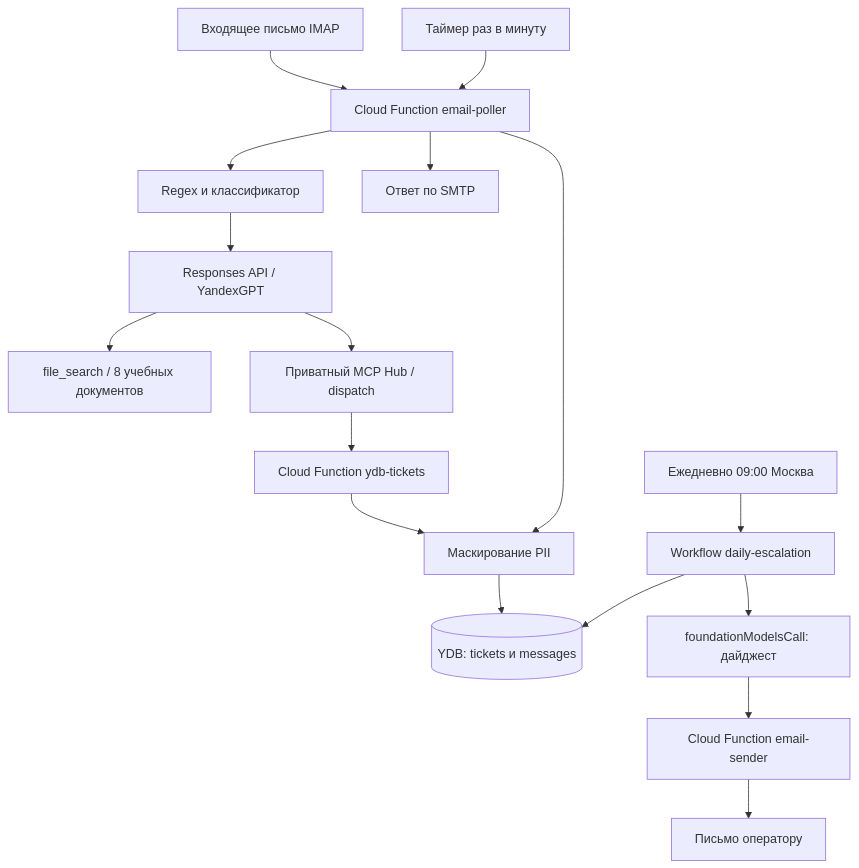
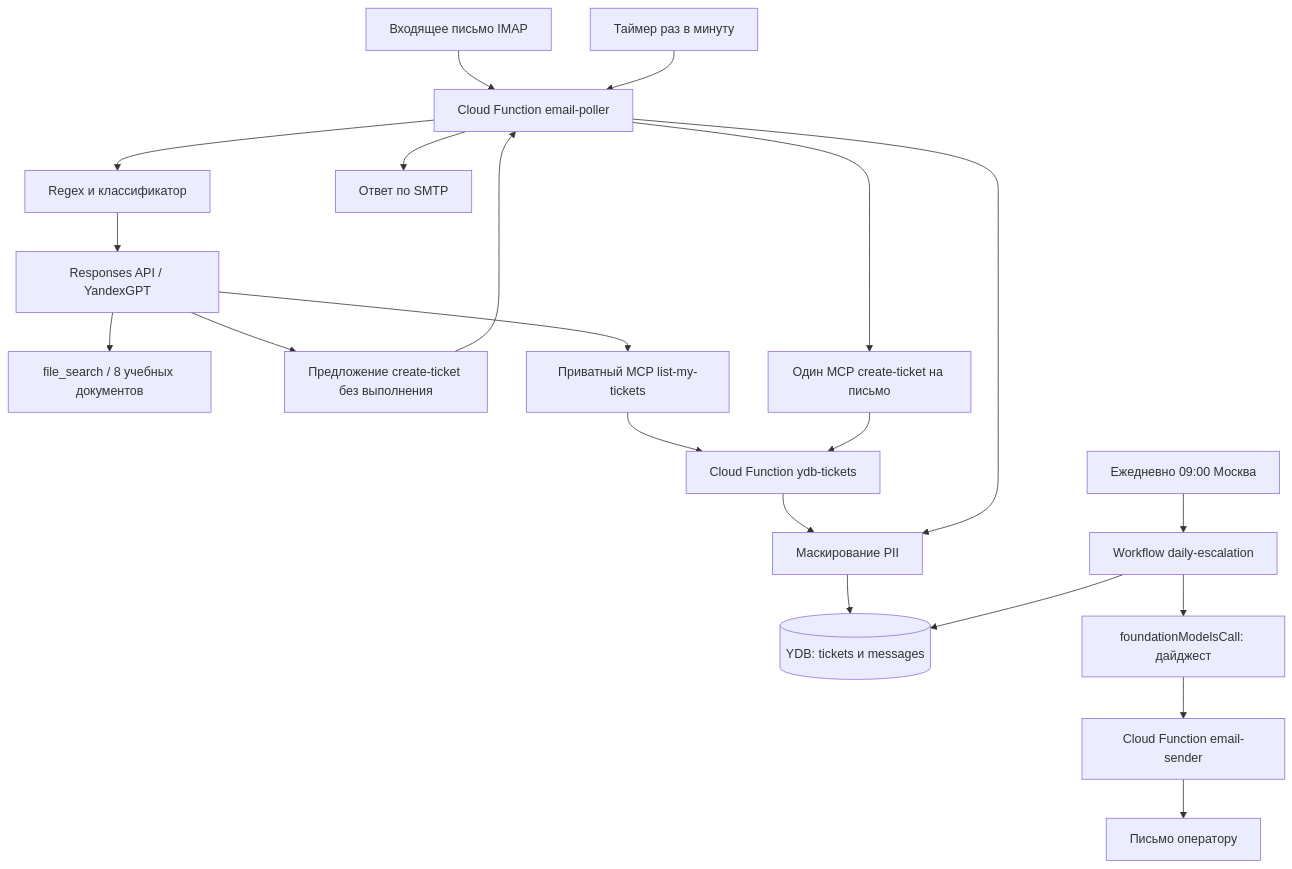
The diagram in README.md (ElenaIlyina/llm-developer-project-425), drawn with Mermaid before and after one commit. The commit also changed other lines of this file and 45 other files, not shown here.

````diff
--- a/README.md
+++ b/README.md
@@ -26,19 +26,23 @@
 ```mermaid
 flowchart TD
     Mail[Входящее письмо IMAP] --> Poller[Cloud Function email-poller]
     Timer[Таймер раз в минуту] --> Poller
     Poller --> Guard[Regex и классификатор]
     Guard --> API[Responses API / YandexGPT]
     API --> RAG[file_search / 8 учебных документов]
-    API --> MCP[Приватный MCP Hub / dispatch]
+    API --> Draft[Предложение create-ticket без выполнения]
+    Draft --> Poller
+    Poller --> MCP[Один MCP create-ticket на письмо]
+    API --> List[Приватный MCP list-my-tickets]
+    List --> Tickets
     MCP --> Tickets[Cloud Function ydb-tickets]
     Tickets --> Mask[Маскирование PII]
     Poller --> Mask
     Mask --> DB[(YDB: tickets и messages)]
     Poller --> SMTP[Ответ по SMTP]
     Schedule[Ежедневно 09:00 Москва] --> WF[Workflow daily-escalation]
     WF --> DB
     WF --> Model[foundationModelsCall: дайджест]
     Model --> Sender[Cloud Function email-sender]
     Sender --> Operator[Письмо оператору]
 ```
````
